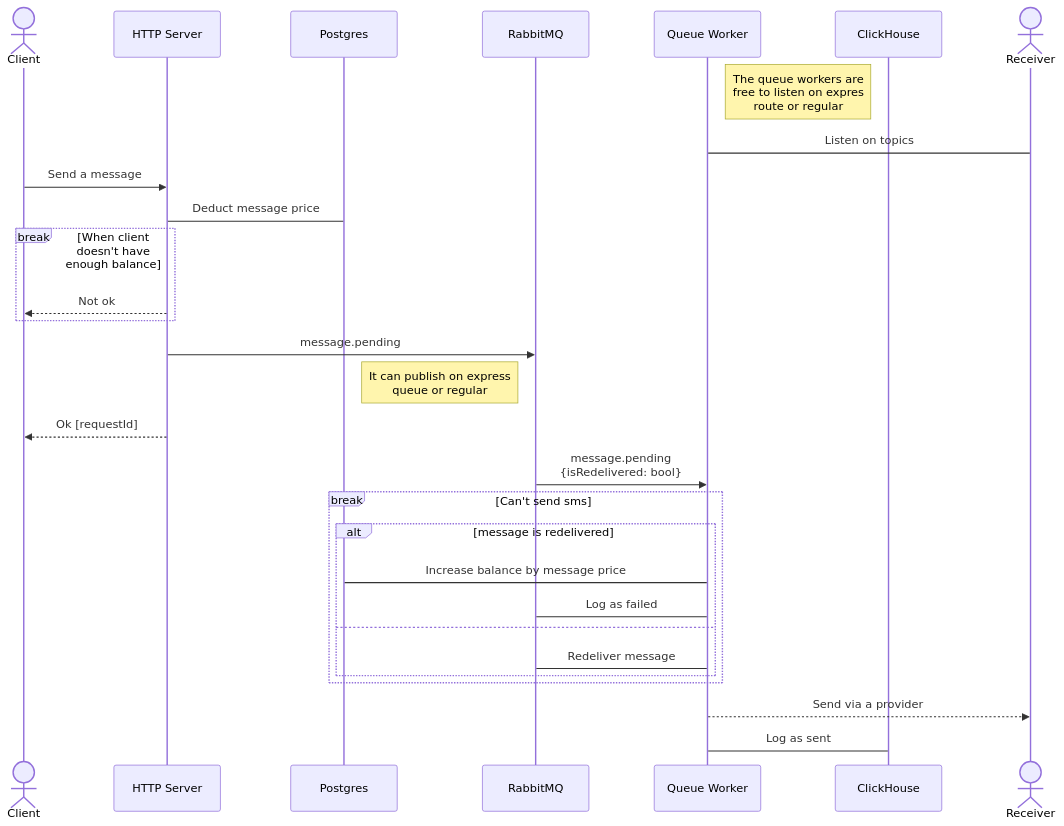
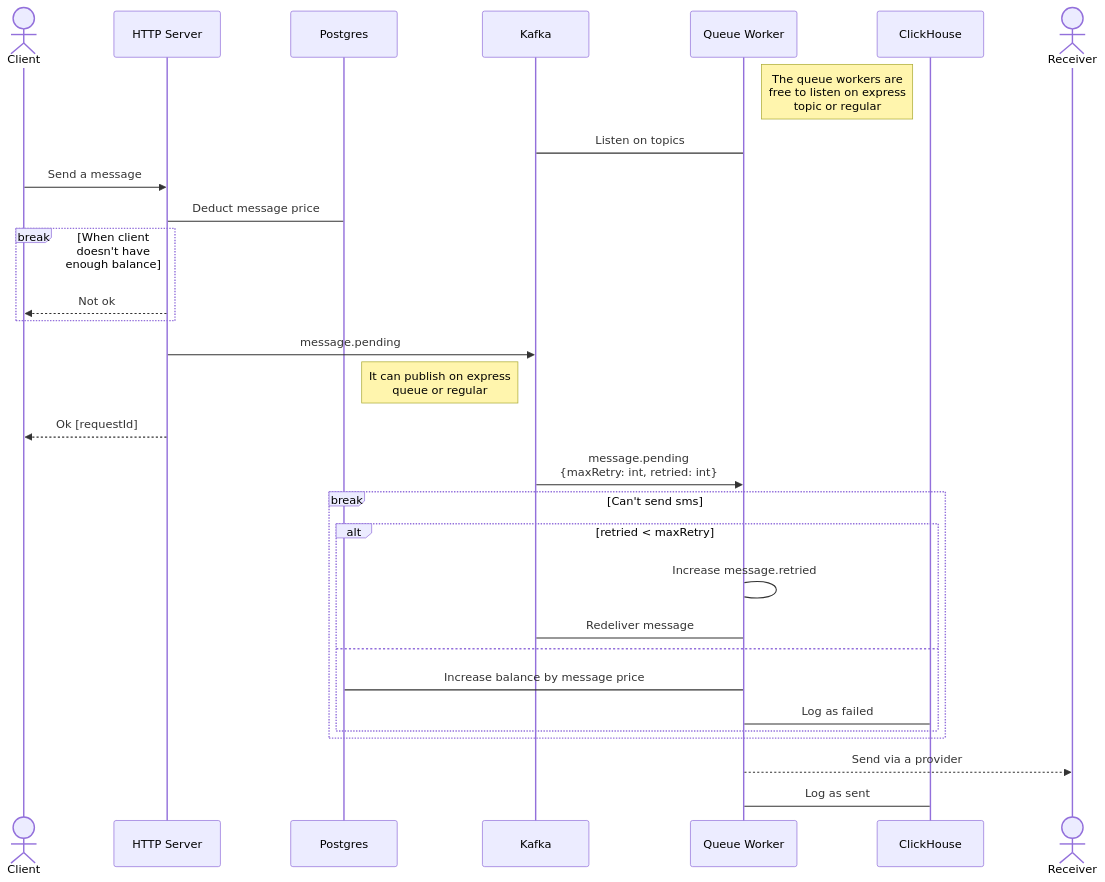
The first of 2 diagrams in docs/architecture.md (kadsin/sms-gateway), drawn with Mermaid before and after one commit. The commit also changed other lines of this file, not shown here.

Commit message:
docs(architecture): Use kafka instead of rabbitmq

````diff
--- a/docs/architecture.md
+++ b/docs/architecture.md
@@ -5,35 +5,36 @@
 ```mermaid
 sequenceDiagram
     Actor c as Client
     Participant s as HTTP Server
     Participant pdb as Postgres
-    Participant mb as RabbitMQ
+    Participant mb as Kafka
     Participant w as Queue Worker
-    Note right of w : The queue workers are<br>free to listen on expres<br>route or regular
+    Note right of w : The queue workers are<br>free to listen on express<br>topic or regular
     Participant cdb as ClickHouse
     Actor r as Receiver
 
-w->r : Listen on topics
+w->mb : Listen on topics
 
 c->>s : Send a message
 s->pdb : Deduct message price
 
 break When client doesn't have enough balance
     s-->>c : Not ok
 end
 
 s->>mb : message.pending
 Note left of mb : It can publish on express<br>queue or regular
 s-->>c : Ok [requestId]
-mb->>w : message.pending<br>{isRedelivered: bool}
+mb->>w : message.pending<br>{maxRetry: int, retried: int}
 break Can't send sms
-    alt message is redelivered
+    alt retried < maxRetry
+        w->w : Increase message.retried
+        w->mb : Redeliver message
+    else
         w->pdb : Increase balance by message price
-        w->mb : Log as failed
-    else
-        w->mb : Redeliver message
+        w->cdb : Log as failed
     end
 end
 w-->>r: Send via a provider
 w->cdb : Log as sent
 ```
````
